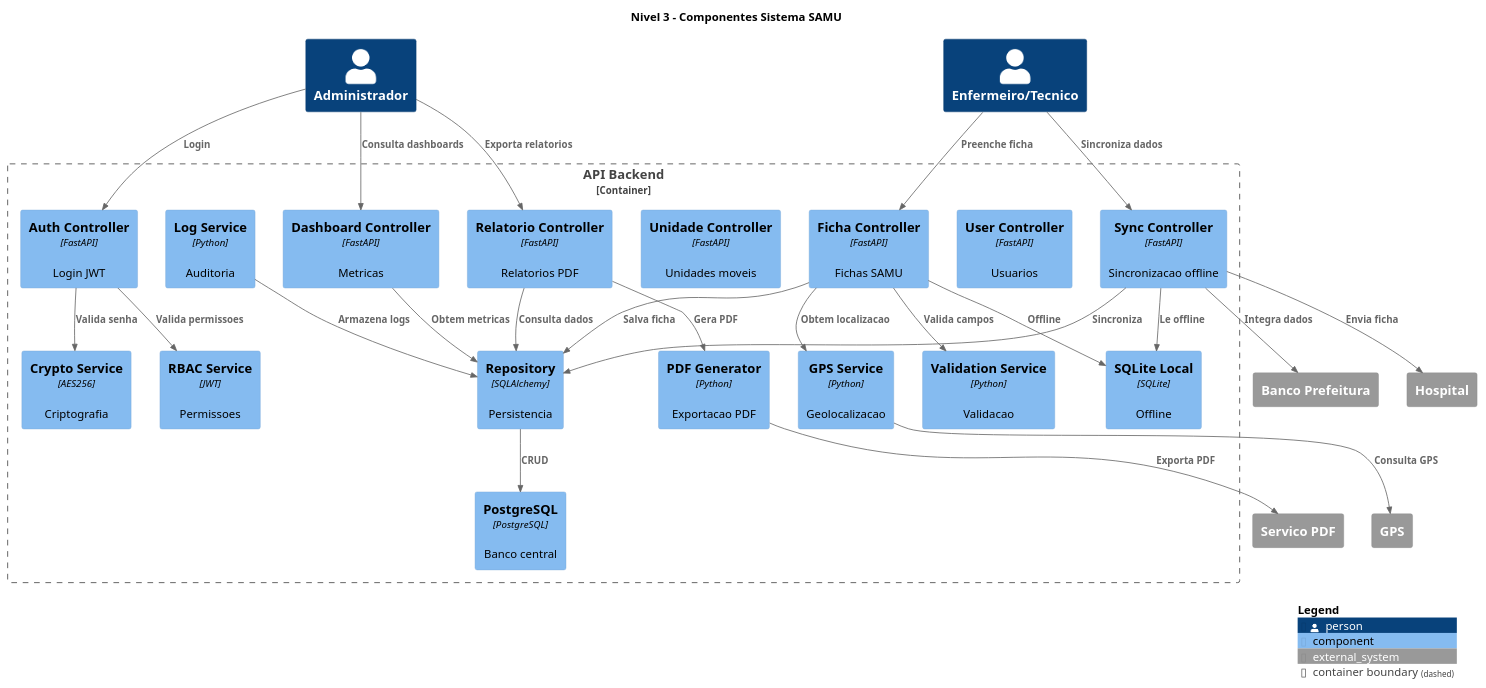
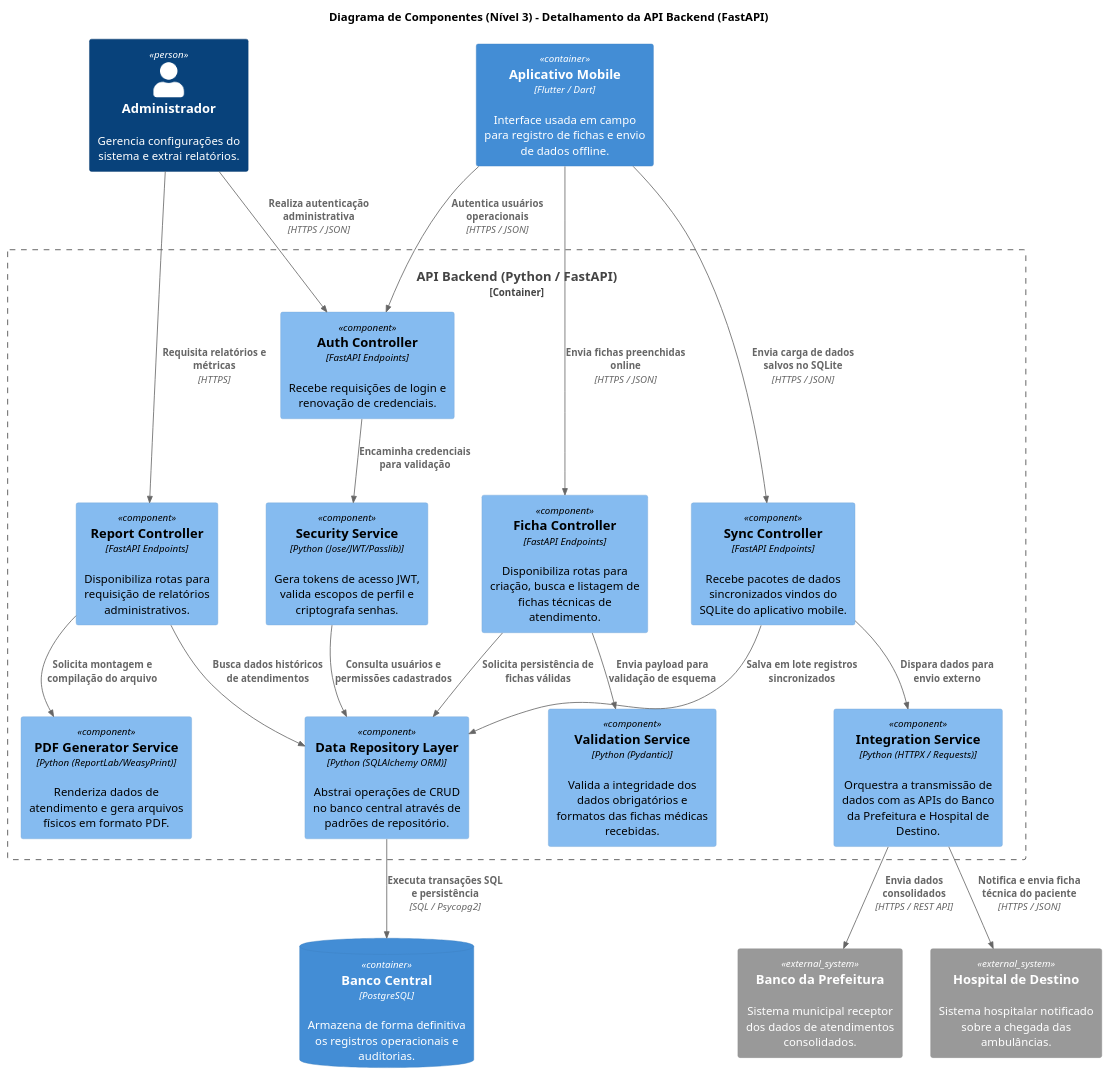
The diagram in ModeloC4/nivel3.puml (Madu3304/Software_brava), drawn with PlantUML before and after one commit. The commit also changed 3 other files, not shown here.

```diff
--- a/ModeloC4/nivel3.puml
+++ b/ModeloC4/nivel3.puml
@@ -1,99 +1,75 @@
 @startuml c4_Nivel3
 
 !include https://raw.githubusercontent.com/RicardoNiepel/C4-PlantUML/master/C4_Component.puml
 
-LAYOUT_WITH_LEGEND()
+title Diagrama de Componentes (Nível 3) - Detalhamento da API Backend (FastAPI)
 
-title Nivel 3 - Componentes Sistema SAMU
+' =========================
+' Elementos Externos à API (Atores e Containers do Nível 2)
+' =========================
+Person(admin, "Administrador", "Gerencia configurações do sistema e extrai relatórios.")
+Container(app_mobile, "Aplicativo Mobile", "Flutter / Dart", "Interface usada em campo para registro de fichas e envio de dados offline.")
 
-Person(admin, "Administrador")
-Person(enfermeiro, "Enfermeiro/Tecnico")
+ContainerDb(postgres, "Banco Central", "PostgreSQL", "Armazena de forma definitiva os registros operacionais e auditorias.")
+System_Ext(prefeitura, "Banco da Prefeitura", "Sistema municipal receptor dos dados de atendimentos consolidados.")
+System_Ext(hospital, "Hospital de Destino", "Sistema hospitalar notificado sobre a chegada das ambulâncias.")
 
-System_Ext(prefeitura, "Banco Prefeitura")
-System_Ext(hospital, "Hospital")
-System_Ext(gps, "GPS")
-System_Ext(pdf, "Servico PDF")
+' =========================
+' Fronteira do Container: API Backend
+' =========================
+Container_Boundary(api, "API Backend (Python / FastAPI)") {
 
-Container_Boundary(api, "API Backend") {
+    ' Módulo de Autenticação e Segurança
+    Component(auth_controller, "Auth Controller", "FastAPI Endpoints", "Recebe requisições de login e renovação de credenciais.")
+    Component(security_service, "Security Service", "Python (Jose/JWT/Passlib)", "Gera tokens de acesso JWT, valida escopos de perfil e criptografa senhas.")
 
-Component(auth, "Auth Controller", "FastAPI", "Login JWT")
+    ' Módulo de Processamento de Fichas
+    Component(ficha_controller, "Ficha Controller", "FastAPI Endpoints", "Disponibiliza rotas para criação, busca e listagem de fichas técnicas de atendimento.")
+    Component(validation_service, "Validation Service", "Python (Pydantic)", "Valida a integridade dos dados obrigatórios e formatos das fichas médicas recebidas.")
 
-Component(user, "User Controller", "FastAPI", "Usuarios")
+    ' Módulo de Geração de Relatórios
+    Component(report_controller, "Report Controller", "FastAPI Endpoints", "Disponibiliza rotas para requisição de relatórios administrativos.")
+    Component(pdf_generator, "PDF Generator Service", "Python (ReportLab/WeasyPrint)", "Renderiza dados de atendimento e gera arquivos físicos em formato PDF.")
 
-Component(ficha, "Ficha Controller", "FastAPI", "Fichas SAMU")
+    ' Módulo de Sincronização e Integração
+    Component(sync_controller, "Sync Controller", "FastAPI Endpoints", "Recebe pacotes de dados sincronizados vindos do SQLite do aplicativo mobile.")
+    Component(integration_service, "Integration Service", "Python (HTTPX / Requests)", "Orquestra a transmissão de dados com as APIs do Banco da Prefeitura e Hospital de Destino.")
 
-Component(unidade, "Unidade Controller", "FastAPI", "Unidades moveis")
-
-Component(sync, "Sync Controller", "FastAPI", "Sincronizacao offline")
-
-Component(dashboard, "Dashboard Controller", "FastAPI", "Metricas")
-
-Component(relatorio, "Relatorio Controller", "FastAPI", "Relatorios PDF")
-
-Component(validation, "Validation Service", "Python", "Validacao")
-
-Component(rbac, "RBAC Service", "JWT", "Permissoes")
-
-Component(crypto, "Crypto Service", "AES256", "Criptografia")
-
-Component(logs, "Log Service", "Python", "Auditoria")
-
-Component(gps_service, "GPS Service", "Python", "Geolocalizacao")
-
-Component(pdf_generator, "PDF Generator", "Python", "Exportacao PDF")
-
-Component(repository, "Repository", "SQLAlchemy", "Persistencia")
-
-Component(sqlite, "SQLite Local", "SQLite", "Offline")
-
-Component(postgres, "PostgreSQL", "PostgreSQL", "Banco central")
-
+    ' Camada de Dados Compartilhada
+    Component(repository, "Data Repository Layer", "Python (SQLAlchemy ORM)", "Abstrai operações de CRUD no banco central através de padrões de repositório.")
 }
 
-Rel(admin, auth, "Login")
+' =========================
+' Relacionamentos / Fluxos de Comunicação
+' =========================
 
-Rel(admin, dashboard, "Consulta dashboards")
+' Fluxos do Administrador e Aplicativo Mobile para os Endpoints da API
+Rel(admin, auth_controller, "Realiza autenticação administrativa", "HTTPS / JSON")
+Rel(admin, report_controller, "Requisita relatórios e métricas", "HTTPS")
 
-Rel(admin, relatorio, "Exporta relatorios")
+Rel(app_mobile, auth_controller, "Autentica usuários operacionais", "HTTPS / JSON")
+Rel(app_mobile, ficha_controller, "Envia fichas preenchidas online", "HTTPS / JSON")
+Rel(app_mobile, sync_controller, "Envia carga de dados salvos no SQLite", "HTTPS / JSON")
 
-Rel(enfermeiro, ficha, "Preenche ficha")
+' Interações Internas do Módulo de Autenticação
+Rel(auth_controller, security_service, "Encaminha credenciais para validação")
+Rel(security_service, repository, "Consulta usuários e permissões cadastrados")
 
-Rel(enfermeiro, sync, "Sincroniza dados")
+' Interações Internas do Módulo de Fichas
+Rel(ficha_controller, validation_service, "Envia payload para validação de esquema")
+Rel(ficha_controller, repository, "Solicita persistência de fichas válidas")
 
-Rel(auth, rbac, "Valida permissoes")
+' Interações Internas do Módulo de Sincronização e Integrações Externas
+Rel(sync_controller, repository, "Salva em lote registros sincronizados")
+Rel(sync_controller, integration_service, "Dispara dados para envio externo")
+Rel(integration_service, prefeitura, "Envia dados consolidados", "HTTPS / REST API")
+Rel(integration_service, hospital, "Notifica e envia ficha técnica do paciente", "HTTPS / JSON")
 
-Rel(auth, crypto, "Valida senha")
+' Interações Internas do Módulo de Relatórios e PDFs
+Rel(report_controller, repository, "Busca dados históricos de atendimentos")
+Rel(report_controller, pdf_generator, "Solicita montagem e compilação do arquivo")
 
-Rel(ficha, validation, "Valida campos")
-
-Rel(ficha, gps_service, "Obtem localizacao")
-
-Rel(ficha, repository, "Salva ficha")
-
-Rel(ficha, sqlite, "Offline")
-
-Rel(sync, sqlite, "Le offline")
-
-Rel(sync, repository, "Sincroniza")
-
-Rel(sync, prefeitura, "Integra dados")
-
-Rel(sync, hospital, "Envia ficha")
-
-Rel(repository, postgres, "CRUD")
-
-Rel(relatorio, pdf_generator, "Gera PDF")
-
-Rel(relatorio, repository, "Consulta dados")
-
-Rel(dashboard, repository, "Obtem metricas")
-
-Rel(logs, repository, "Armazena logs")
-
-Rel(gps_service, gps, "Consulta GPS")
-
-Rel(pdf_generator, pdf, "Exporta PDF")
-
-SHOW_LEGEND()
+' Saída da Camada de Dados para o Container do Banco Central
+Rel(repository, postgres, "Executa transações SQL e persistência", "SQL / Psycopg2")
 
 @enduml
```
